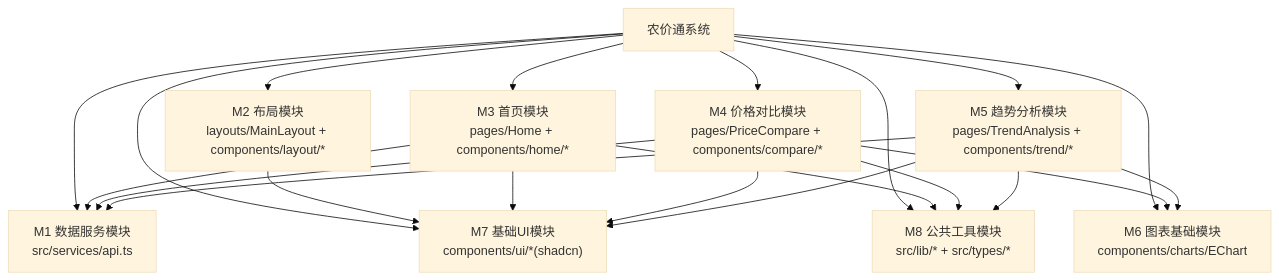
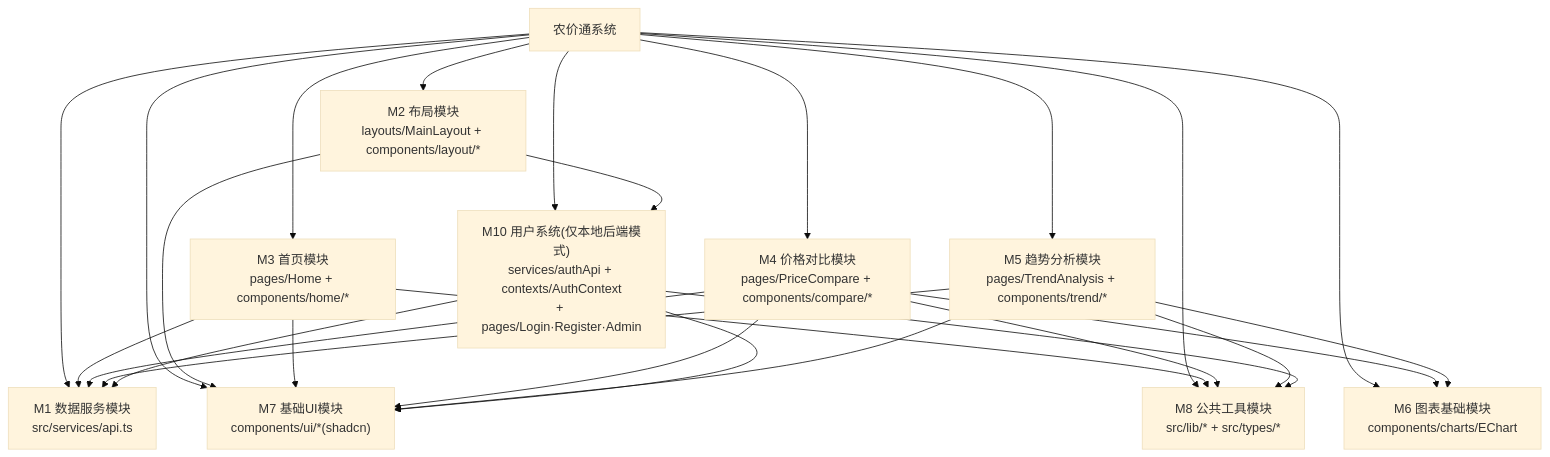
Before and after one commit to Camellia-hyc/agri-price-tracker: the second of 4 diagrams in docs/软件工程文档/04-总体设计说明.md, drawn with Mermaid (base theme). The commit also changed other lines of this file and 1 other file, not shown here.

Commit message:
docs: 需求与总体设计口径同步——用户系统(本地后端模式)
- 02:产品描述与用户特征不再表述"无注册登录 / 不区分角色",
  改为注明本地后端模式提供注册/登录与管理员角色
- 04:设计约束"只读 API"口径更新;模块划分补充 M10 用户系统

````diff
--- a/docs/软件工程文档/04-总体设计说明.md
+++ b/docs/软件工程文档/04-总体设计说明.md
@@ -101,24 +101,29 @@
 ```mermaid
 flowchart TB
   ROOT["农价通系统"]
   ROOT --> M1["M1 数据服务模块<br/>src/services/api.ts"]
   ROOT --> M2["M2 布局模块<br/>layouts/MainLayout + components/layout/*"]
   ROOT --> M3["M3 首页模块<br/>pages/Home + components/home/*"]
   ROOT --> M4["M4 价格对比模块<br/>pages/PriceCompare + components/compare/*"]
   ROOT --> M5["M5 趋势分析模块<br/>pages/TrendAnalysis + components/trend/*"]
   ROOT --> M6["M6 图表基础模块<br/>components/charts/EChart"]
   ROOT --> M7["M7 基础UI模块<br/>components/ui/*(shadcn)"]
   ROOT --> M8["M8 公共工具模块<br/>src/lib/* + src/types/*"]
+  ROOT --> M10["M10 用户系统(仅本地后端模式)<br/>services/authApi + contexts/AuthContext<br/>+ pages/Login·Register·Admin"]
   M3 --> M1
   M4 --> M1
   M5 --> M1
   M3 --> M8
   M4 --> M8
   M5 --> M8
   M4 --> M6
   M5 --> M6
   M2 --> M7
   M3 --> M7
   M4 --> M7
   M5 --> M7
+  M2 --> M10
+  M10 --> M1
+  M10 --> M7
+  M10 --> M8
 ```
````
